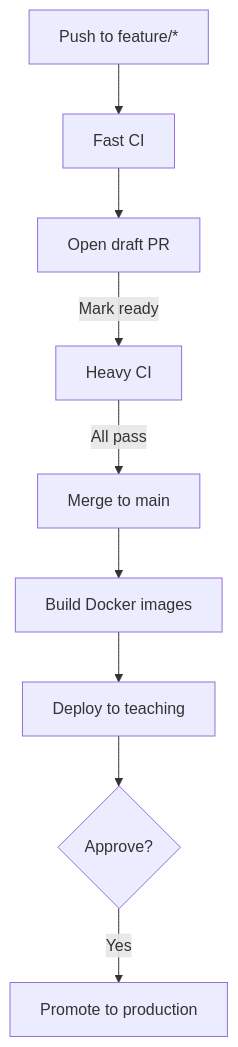
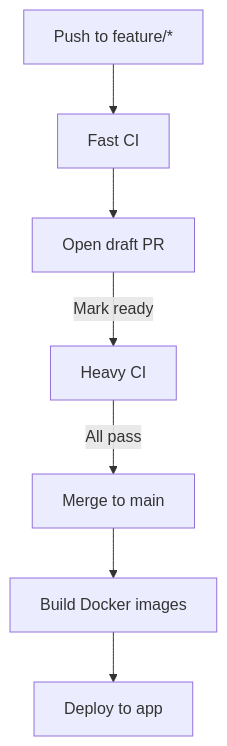
One commit to bailey-medics/quillmedical changed the second of 2 diagrams in docs/docs/cicd/index.md. Above: the diagram before and after it, drawn with Mermaid. The commit also changed other lines of this file, not shown here.

Commit message:
docs(cicd): the CI/CD page matches the workflows, the branch rules and the single app environment

````diff
--- a/docs/docs/cicd/index.md
+++ b/docs/docs/cicd/index.md
@@ -23,11 +22,9 @@
 ```mermaid
 graph TD
     A["Push to feature/*"] --> B[Fast CI]
     B --> C[Open draft PR]
     C -->|Mark ready| D[Heavy CI]
     D -->|All pass| E[Merge to main]
     E --> F[Build Docker images]
-    F --> G[Deploy to teaching]
-    G --> H{Approve?}
-    H -->|Yes| I[Promote to production]
+    F --> G[Deploy to app]
 ```
````
